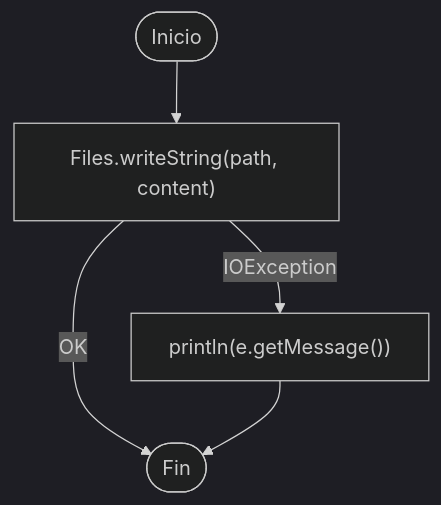
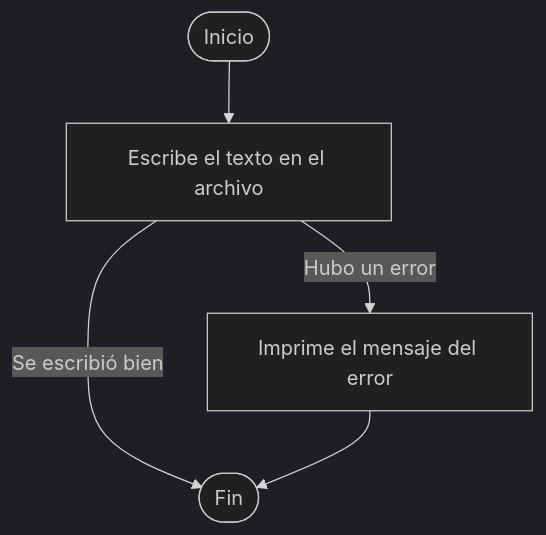
Diagram 13 of 33 in README.md (8ismel6/1MD-ProyectoFinal), drawn with Mermaid (dark theme) before and after one commit. The commit also changed other lines of this file and 1 other file, not shown here.

````diff
--- a/README.md
+++ b/README.md
@@ -544,6 +535,7 @@
 ```mermaid
 flowchart TD
-A(["Inicio"]) --> B["Files.writeString(path, content)"]
-B -- "OK" --> C(["Fin"])
-B -- "IOException" --> D["println(e.getMessage())"] --> C
+A(["Inicio"]) --> B["Escribe el texto en el archivo"]
+B -- "Se escribió bien" --> C(["Fin"])
+B -- "Hubo un error" --> D["Imprime el mensaje del error"]
+D --> C
 ```
````
